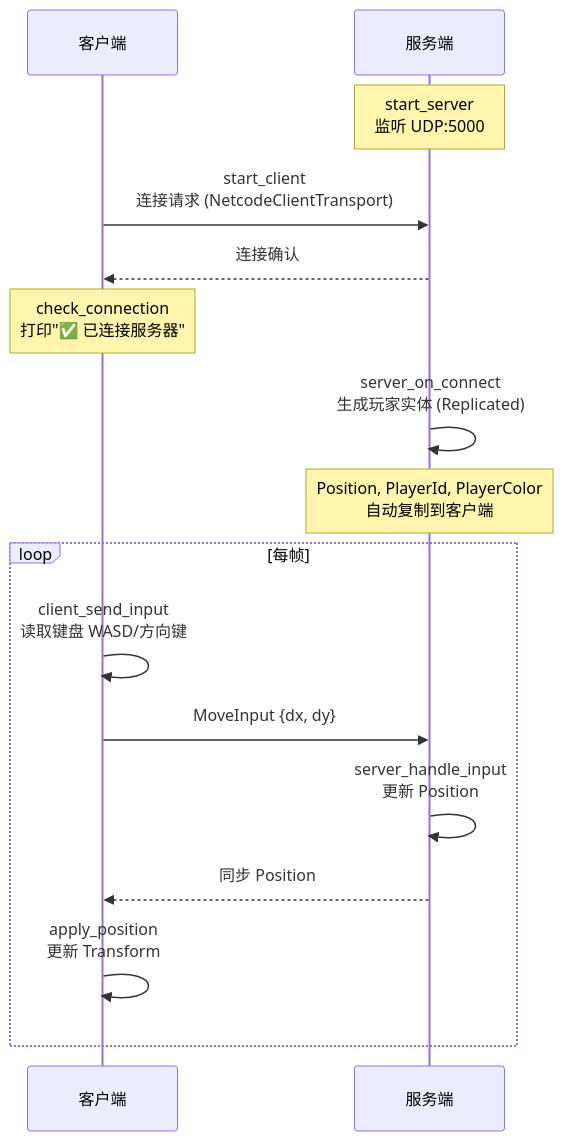
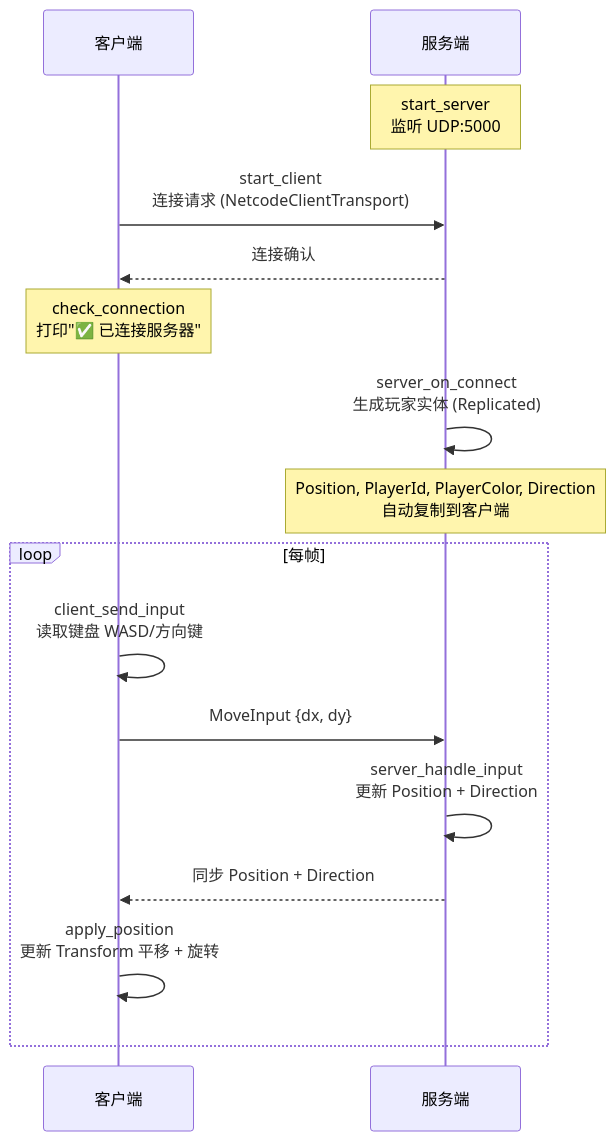
The second of 6 diagrams in DESIGN.md (kindywu/simple_bevy), drawn with Mermaid before and after one commit. The commit also changed other lines of this file and 1 other file, not shown here.

````diff
--- a/DESIGN.md
+++ b/DESIGN.md
@@ -67,21 +70,21 @@
 ```mermaid
 sequenceDiagram
     participant C as 客户端
     participant S as 服务端
 
     Note over S: start_server<br/>监听 UDP:5000
     C->>S: start_client<br/>连接请求 (NetcodeClientTransport)
     S-->>C: 连接确认
     Note over C: check_connection<br/>打印"✅ 已连接服务器"
 
     S->>S: server_on_connect<br/>生成玩家实体 (Replicated)
-    Note over S: Position, PlayerId, PlayerColor<br/>自动复制到客户端
+    Note over S: Position, PlayerId, PlayerColor, Direction<br/>自动复制到客户端
 
     loop 每帧
         C->>C: client_send_input<br/>读取键盘 WASD/方向键
         C->>S: MoveInput {dx, dy}
-        S->>S: server_handle_input<br/>更新 Position
-        S-->>C: 同步 Position
-        C->>C: apply_position<br/>更新 Transform
+        S->>S: server_handle_input<br/>更新 Position + Direction
+        S-->>C: 同步 Position + Direction
+        C->>C: apply_position<br/>更新 Transform 平移 + 旋转
     end
 ```
````
